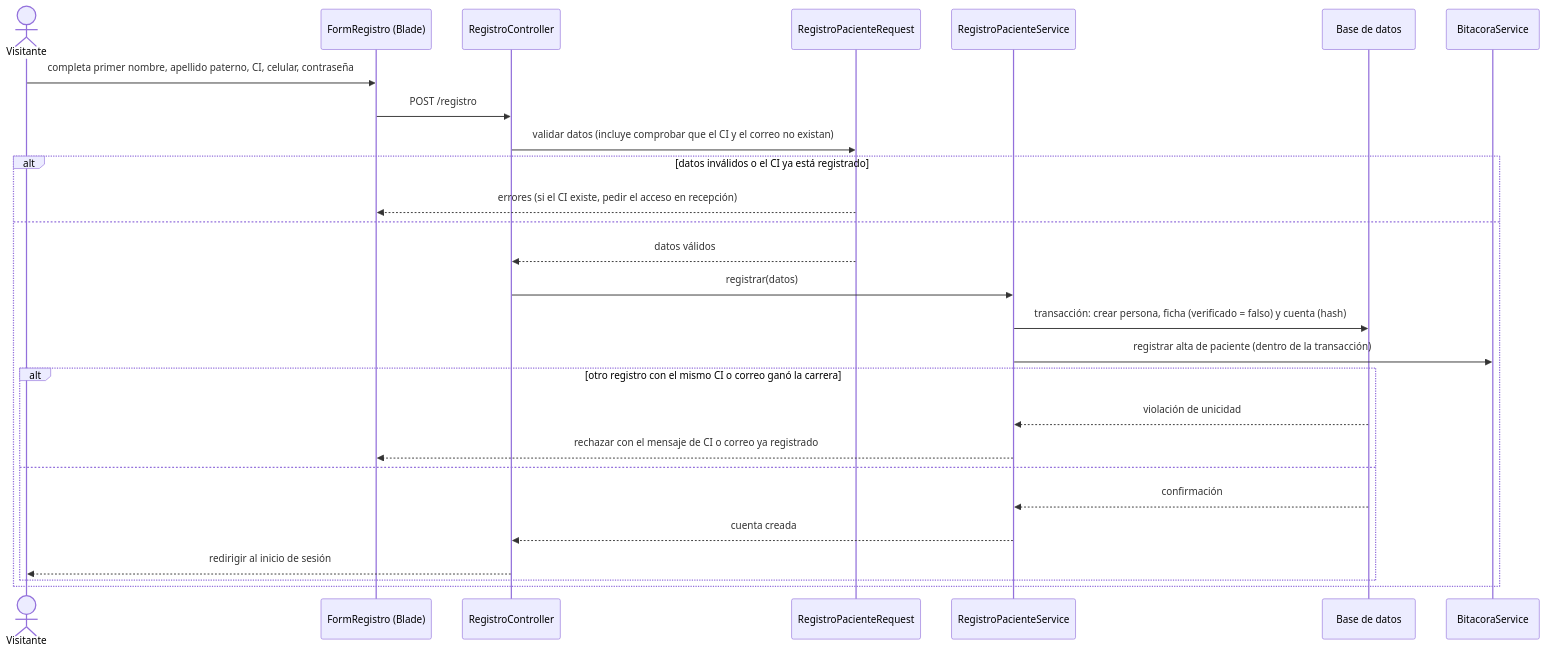
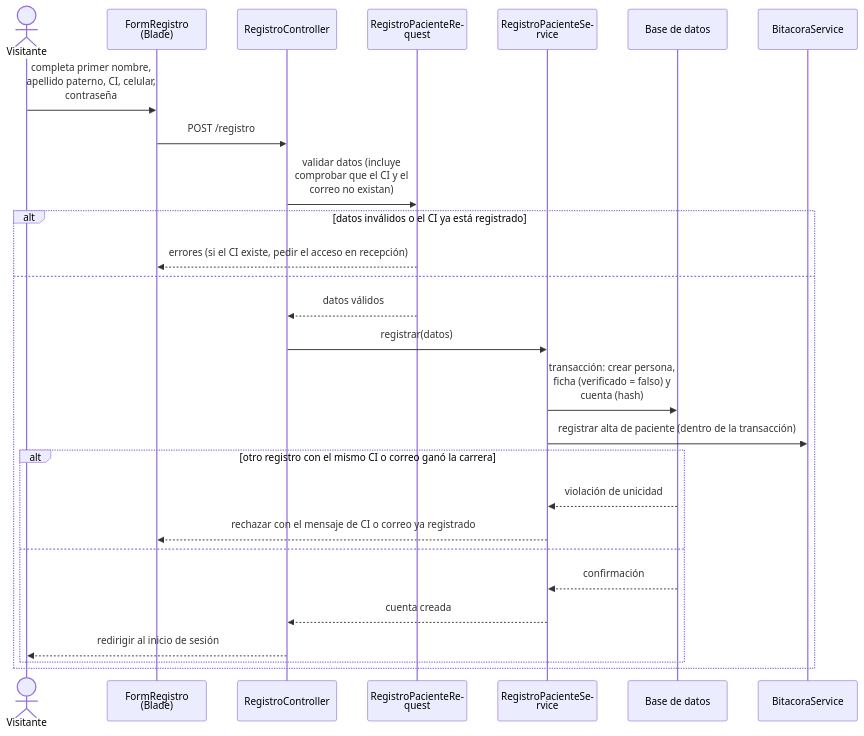
Before and after one commit to Einarpd26/2do-examen-ing-requisitos: diagram 12 of 15 in documento/Informe-Final.md, drawn with Mermaid. The commit also changed other lines of this file, not shown here.

Commit message:
docs(diagramas): corregir etiquetas cortadas y saltos de linea en los diagramas Mermaid y ajustar el ancho de los de secuencia

````diff
--- a/documento/Informe-Final.md
+++ b/documento/Informe-Final.md
@@ -1090,30 +1096,31 @@
 ```mermaid
+%%{init: {"sequence": {"wrap": true, "width": 160}}}%%
 sequenceDiagram
     actor V as Visitante
     participant F as FormRegistro (Blade)
     participant C as RegistroController
     participant R as RegistroPacienteRequest
     participant S as RegistroPacienteService
     participant D as Base de datos
     participant B as BitacoraService
 
     V->>F: completa primer nombre, apellido paterno, CI, celular, contraseña
     F->>C: POST /registro
     C->>R: validar datos (incluye comprobar que el CI y el correo no existan)
     alt datos inválidos o el CI ya está registrado
         R-->>F: errores (si el CI existe, pedir el acceso en recepción)
     else
         R-->>C: datos válidos
         C->>S: registrar(datos)
         S->>D: transacción: crear persona, ficha (verificado = falso) y cuenta (hash)
         S->>B: registrar alta de paciente (dentro de la transacción)
         alt otro registro con el mismo CI o correo ganó la carrera
             D-->>S: violación de unicidad
             S-->>F: rechazar con el mensaje de CI o correo ya registrado
         else
             D-->>S: confirmación
             S-->>C: cuenta creada
             C-->>V: redirigir al inicio de sesión
         end
     end
 ```
````
